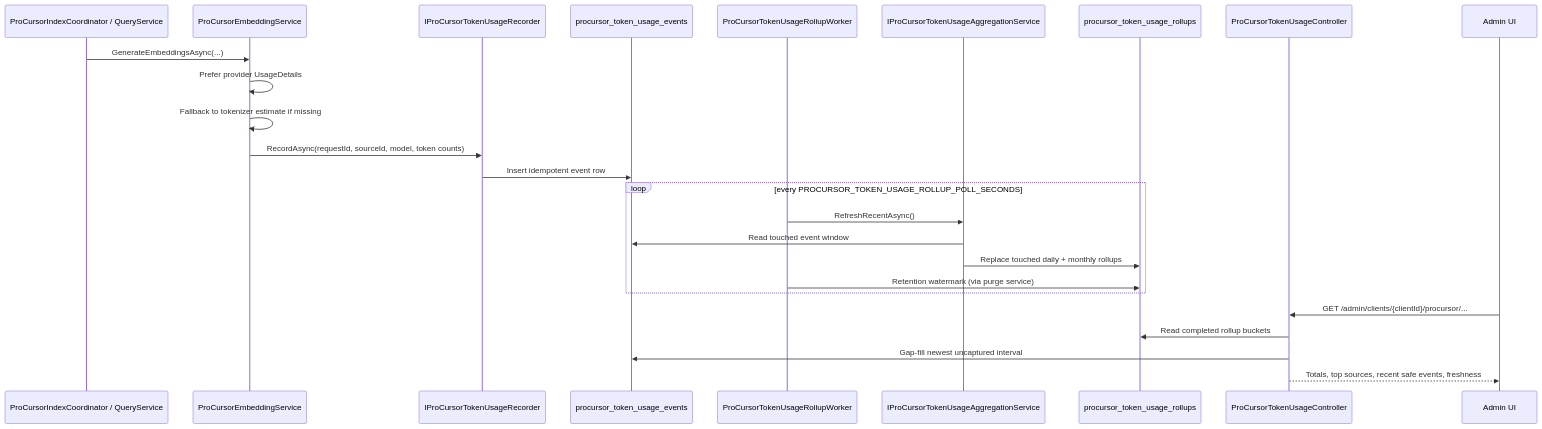
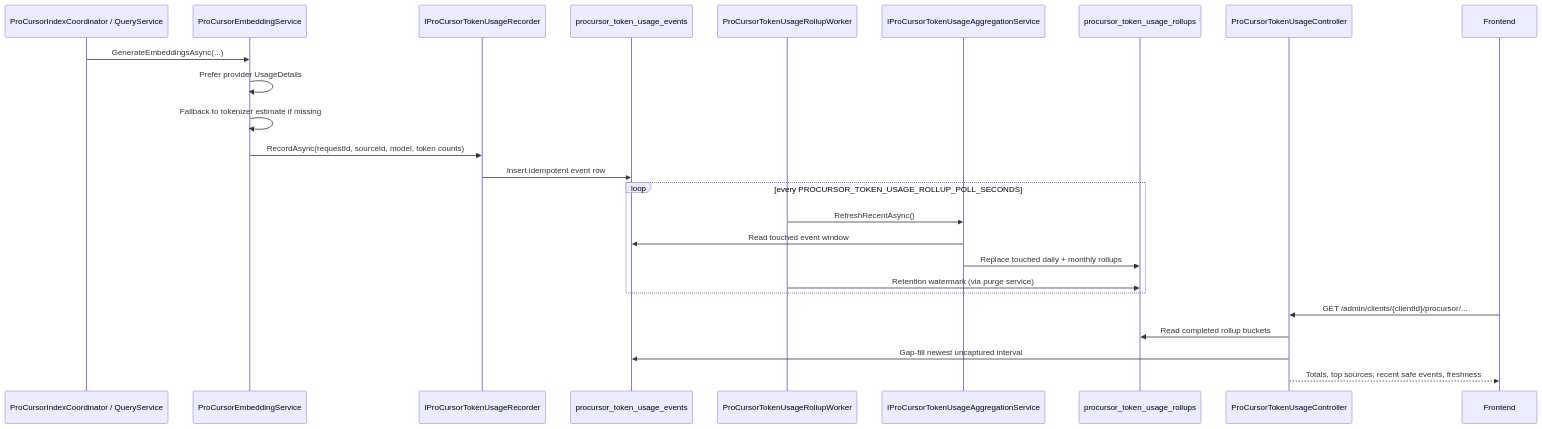
One commit to meister-dev-ai/propr changed the fourth of 4 diagrams in docs/architecture/procursor.md. Above: the diagram before and after it, drawn with Mermaid. The commit also changed other lines of this file and 394 other files, not shown here.

````diff
--- a/docs/architecture/procursor.md
+++ b/docs/architecture/procursor.md
@@ -148,30 +148,30 @@
 ```mermaid
 sequenceDiagram
     participant IDX as ProCursorIndexCoordinator / QueryService
     participant EMB as ProCursorEmbeddingService
     participant REC as IProCursorTokenUsageRecorder
     participant EVT as procursor_token_usage_events
     participant WRK as ProCursorTokenUsageRollupWorker
     participant AGG as IProCursorTokenUsageAggregationService
     participant ROLL as procursor_token_usage_rollups
     participant API as ProCursorTokenUsageController
-    participant UI as Admin UI
+    participant UI as Frontend
 
     IDX->>EMB: GenerateEmbeddingsAsync(...)
     EMB->>EMB: Prefer provider UsageDetails
     EMB->>EMB: Fallback to tokenizer estimate if missing
     EMB->>REC: RecordAsync(requestId, sourceId, model, token counts)
     REC->>EVT: Insert idempotent event row
 
     loop every PROCURSOR_TOKEN_USAGE_ROLLUP_POLL_SECONDS
         WRK->>AGG: RefreshRecentAsync()
         AGG->>EVT: Read touched event window
         AGG->>ROLL: Replace touched daily + monthly rollups
         WRK->>ROLL: Retention watermark (via purge service)
     end
 
     UI->>API: GET /admin/clients/{clientId}/procursor/...
     API->>ROLL: Read completed rollup buckets
     API->>EVT: Gap-fill newest uncaptured interval
     API-->>UI: Totals, top sources, recent safe events, freshness
 ```
````
